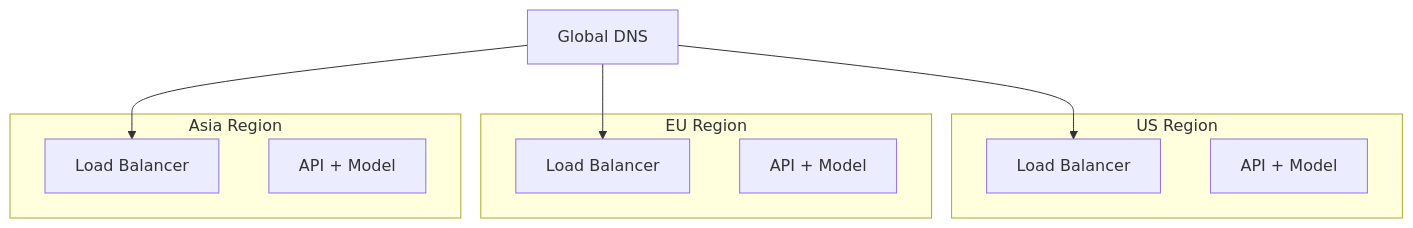
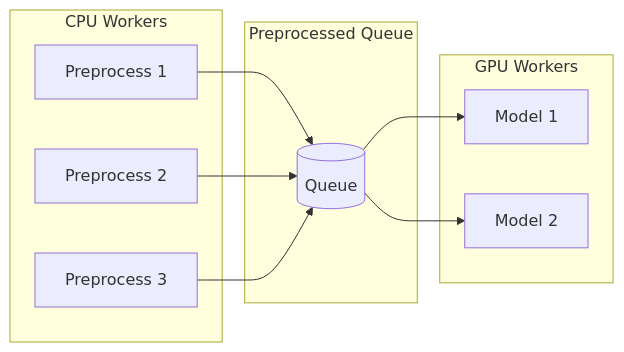
One commit to spawn08/system-design-interview changed the fifth of 6 diagrams in ml_system_design/image_caption_generator.md. Above: the diagram before and after it, drawn with Mermaid. The commit also changed other lines of this file and 2 other files, not shown here.

````diff
--- a/ml_system_design/image_caption_generator.md
+++ b/ml_system_design/image_caption_generator.md
@@ -434,21 +795,23 @@
 ```mermaid
-flowchart TB
-    subgraph US [US Region]
-        LBUS[Load Balancer]
-        APIUS[API + Model]
+flowchart LR
+    subgraph CPU [CPU Workers]
+        P1[Preprocess 1]
+        P2[Preprocess 2]
+        P3[Preprocess 3]
     end
     
-    subgraph EU [EU Region]
-        LBEU[Load Balancer]
-        APIEU[API + Model]
+    subgraph Queue [Preprocessed Queue]
+        Q[(Queue)]
     end
     
-    subgraph Asia [Asia Region]
-        LBAs[Load Balancer]
-        APIAs[API + Model]
+    subgraph GPU [GPU Workers]
+        G1[Model 1]
+        G2[Model 2]
     end
     
-    DNS[Global DNS] --> LBUS
-    DNS --> LBEU
-    DNS --> LBAs
+    P1 --> Q
+    P2 --> Q
+    P3 --> Q
+    Q --> G1
+    Q --> G2
 ```
````
